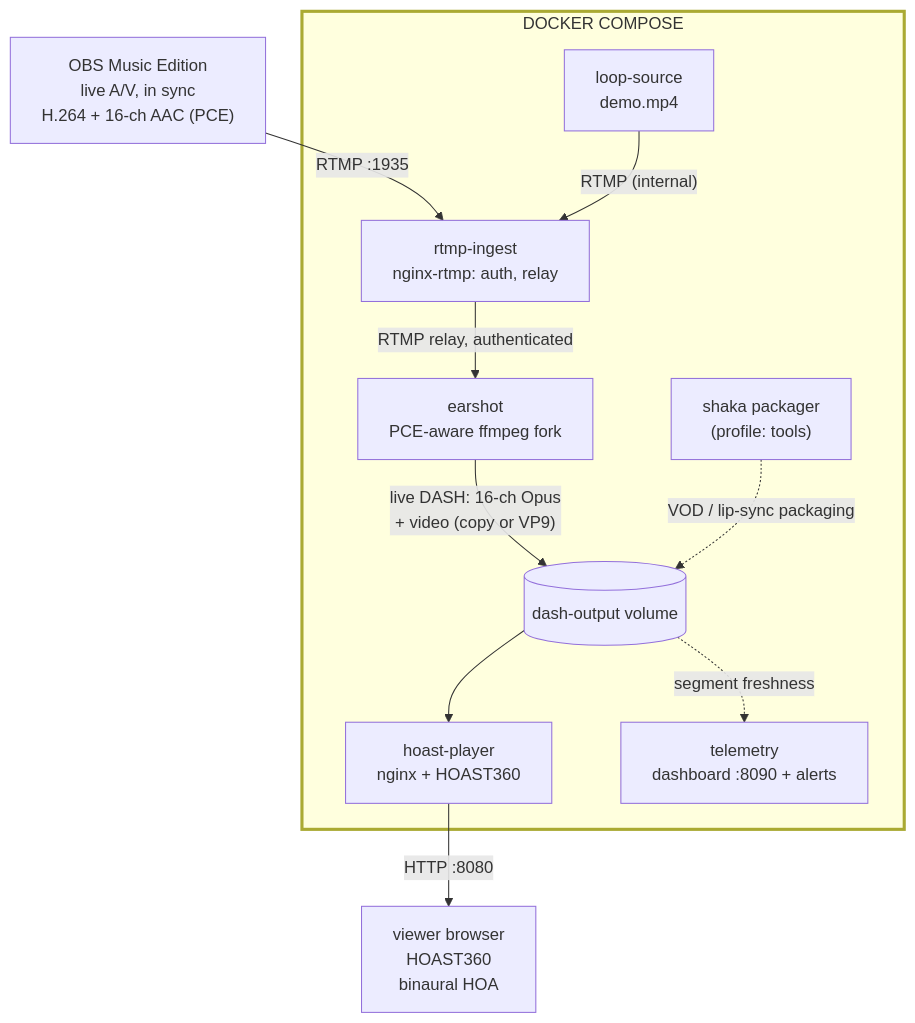
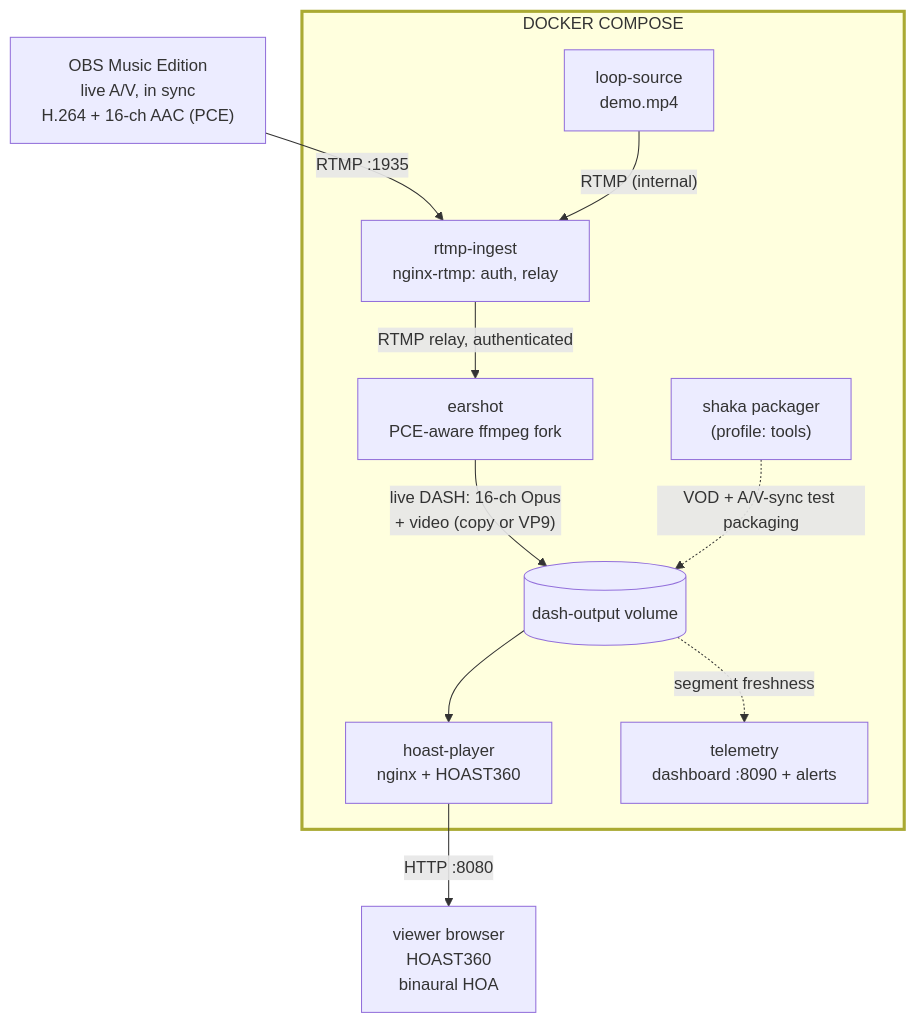
The diagram in docs/architecture/architecture.mmd (mormegil6/ambisonic-box), drawn with Mermaid before and after one commit. The commit also changed 4 other files, not shown here.

First line of the commit message:
Retire the lip-sync jargon: shaka is offline VOD + A/V-sync test packaging

```diff
--- a/docs/architecture/architecture.mmd
+++ b/docs/architecture/architecture.mmd
@@ -1,29 +1,29 @@
 %% Architecture / data-flow diagram for the HOA 360 stream stack.
 %% This is the SOURCE only: dagre's raw layout is rearranged by postprocess.py,
 %% so do not embed a plain `mmdc` render of this. Run ./build.sh to regenerate
 %% architecture.svg / architecture.png. The subgraph deliberately has no
 %% `direction` (a nested one would give the SVG two coordinate systems).
 flowchart TD
     OBS["OBS Music Edition<br/>live A/V, in sync<br/>H.264 + 16-ch AAC (PCE)"]
 
     subgraph COMPOSE["DOCKER COMPOSE"]
         INGEST["rtmp-ingest<br/>nginx-rtmp: auth, relay"]
         LOOP["loop-source<br/>demo.mp4"]
         EARSHOT["earshot<br/>PCE-aware ffmpeg fork"]
         VOL[("dash-output volume")]
         SHAKA["shaka packager<br/>(profile: tools)"]
         PLAYER["hoast-player<br/>nginx + HOAST360"]
         TELEM["telemetry<br/>dashboard :8090 + alerts"]
     end
 
     VIEWER["viewer browser<br/>HOAST360<br/>binaural HOA"]
 
     OBS -- "RTMP :1935" --> INGEST
     LOOP -- "RTMP (internal)" --> INGEST
     INGEST -- "RTMP relay, authenticated" --> EARSHOT
     EARSHOT -- "live DASH: 16-ch Opus<br/>+ video (copy or VP9)" --> VOL
-    SHAKA -. "VOD / lip-sync packaging" .-> VOL
+    SHAKA -. "VOD + A/V-sync test packaging" .-> VOL
     VOL --> PLAYER
     PLAYER -- "HTTP :8080" --> VIEWER
     VOL -. "segment freshness" .-> TELEM
     style COMPOSE stroke-width:3px
```
